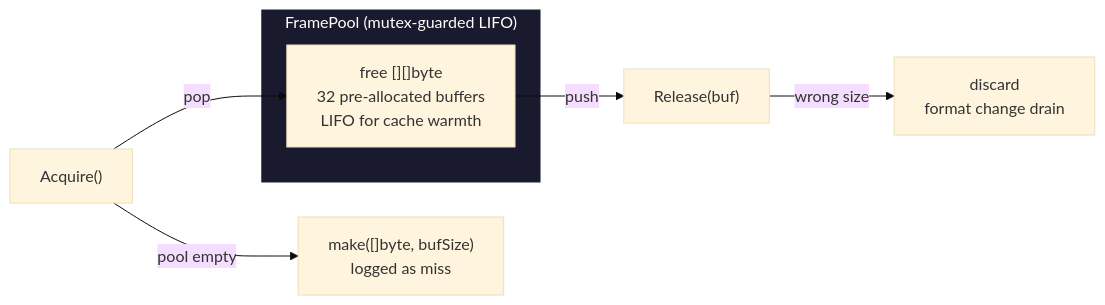
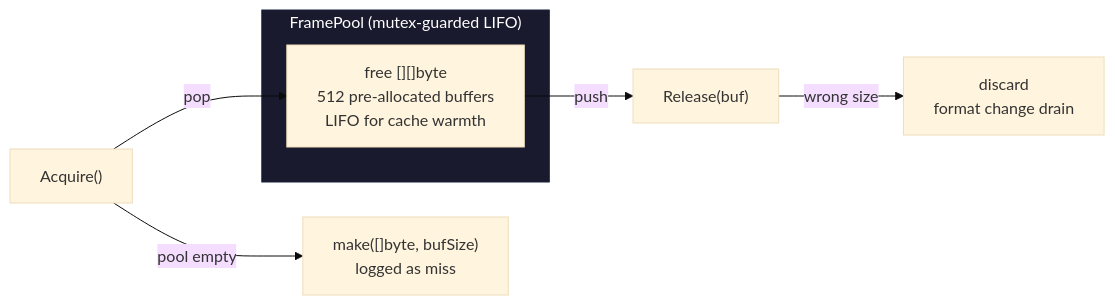
The fourth of 8 diagrams in docs/pipeline.md (zsiec/switchframe), drawn with Mermaid (base theme) before and after one commit. The commit also changed other lines of this file and 5 other files, not shown here.

````diff
--- a/docs/pipeline.md
+++ b/docs/pipeline.md
@@ -165,12 +165,12 @@
 ```mermaid
 flowchart LR
     subgraph pool ["FramePool (mutex-guarded LIFO)"]
         style pool fill:#1a1a2e,color:#fff,stroke:#16213e
-        STACK["free [][]byte\n32 pre-allocated buffers\nLIFO for cache warmth"]
+        STACK["free [][]byte\n512 pre-allocated buffers\nLIFO for cache warmth"]
     end
 
     ACQ["Acquire()"] -->|pop| STACK
     STACK -->|push| REL["Release(buf)"]
     ACQ -->|pool empty| FALLBACK["make([]byte, bufSize)\nlogged as miss"]
     REL -->|wrong size| DISCARD["discard\nformat change drain"]
 ```
````
